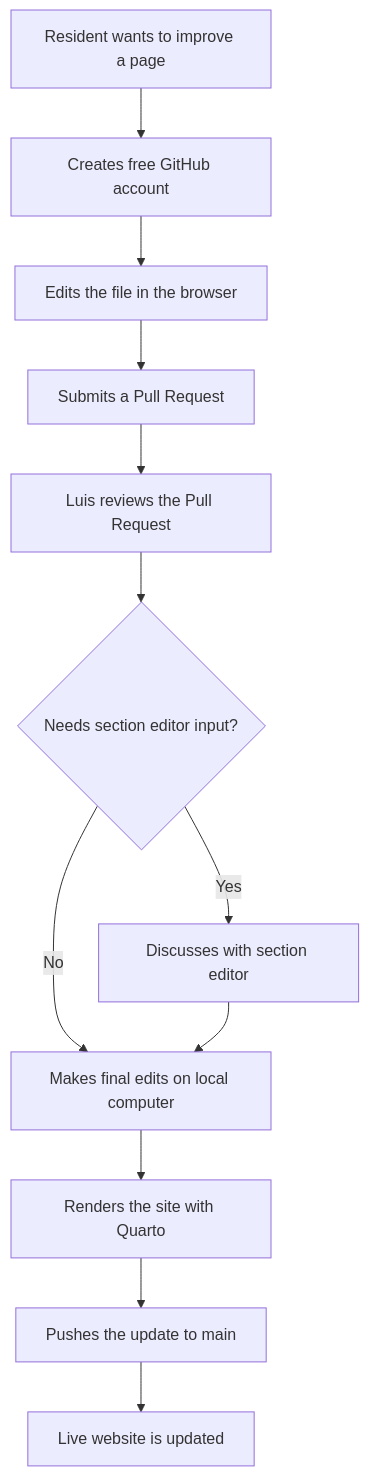
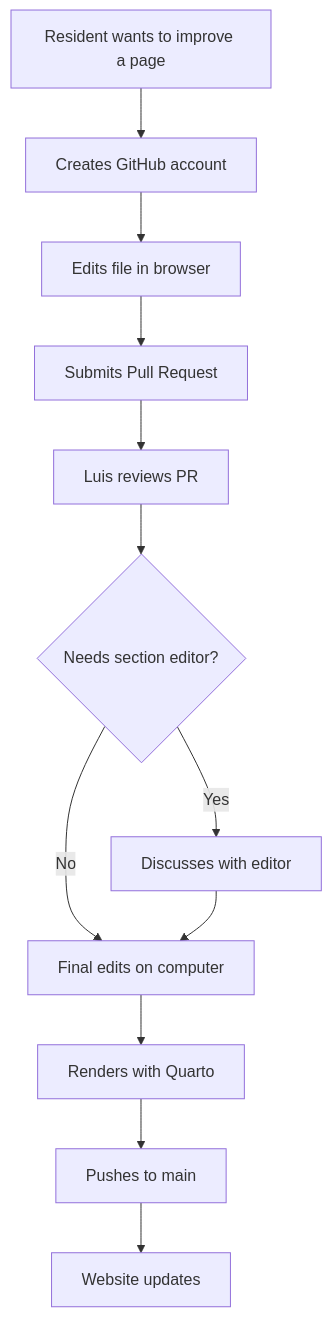
Before and after one commit to ufneurology/handbook: the diagram in README.md, drawn with Mermaid.

````diff
--- a/README.md
+++ b/README.md
@@ -59,14 +59,14 @@
 ```mermaid
 flowchart TD
-    A[Resident wants to improve a page] --> B[Creates free GitHub account]
-    B --> C[Edits the file in the browser]
-    C --> D[Submits a Pull Request]
-    D --> E[Luis reviews the Pull Request]
-    E --> F{Needs section editor input?}
-    F -->|Yes| G[Discusses with section editor]
-    F -->|No| H[Makes final edits on local computer]
+    A[Resident wants to improve a page] --> B[Creates GitHub account]
+    B --> C[Edits file in browser]
+    C --> D[Submits Pull Request]
+    D --> E[Luis reviews PR]
+    E --> F{Needs section editor?}
+    F -->|Yes| G[Discusses with editor]
+    F -->|No| H[Final edits on computer]
     G --> H
-    H --> I[Renders the site with Quarto]
-    I --> J[Pushes the update to main]
-    J --> K[Live website is updated]
+    H --> I[Renders with Quarto]
+    I --> J[Pushes to main]
+    J --> K[Website updates]
 ```
````
